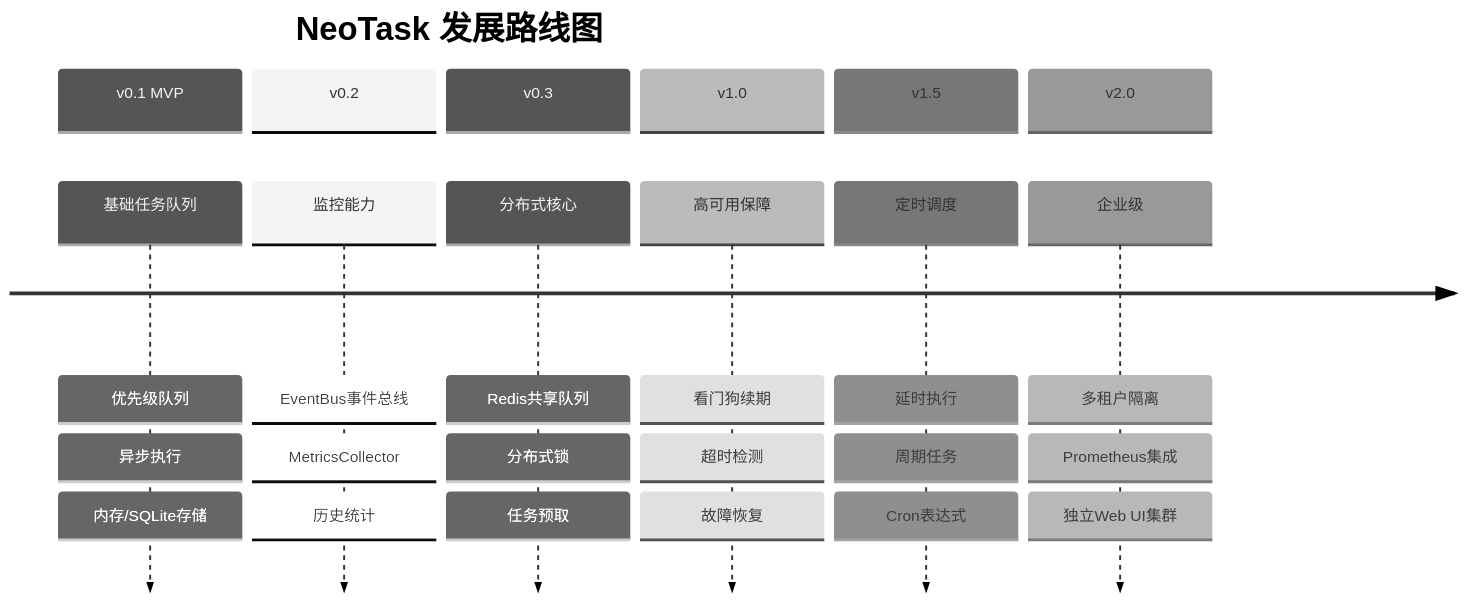
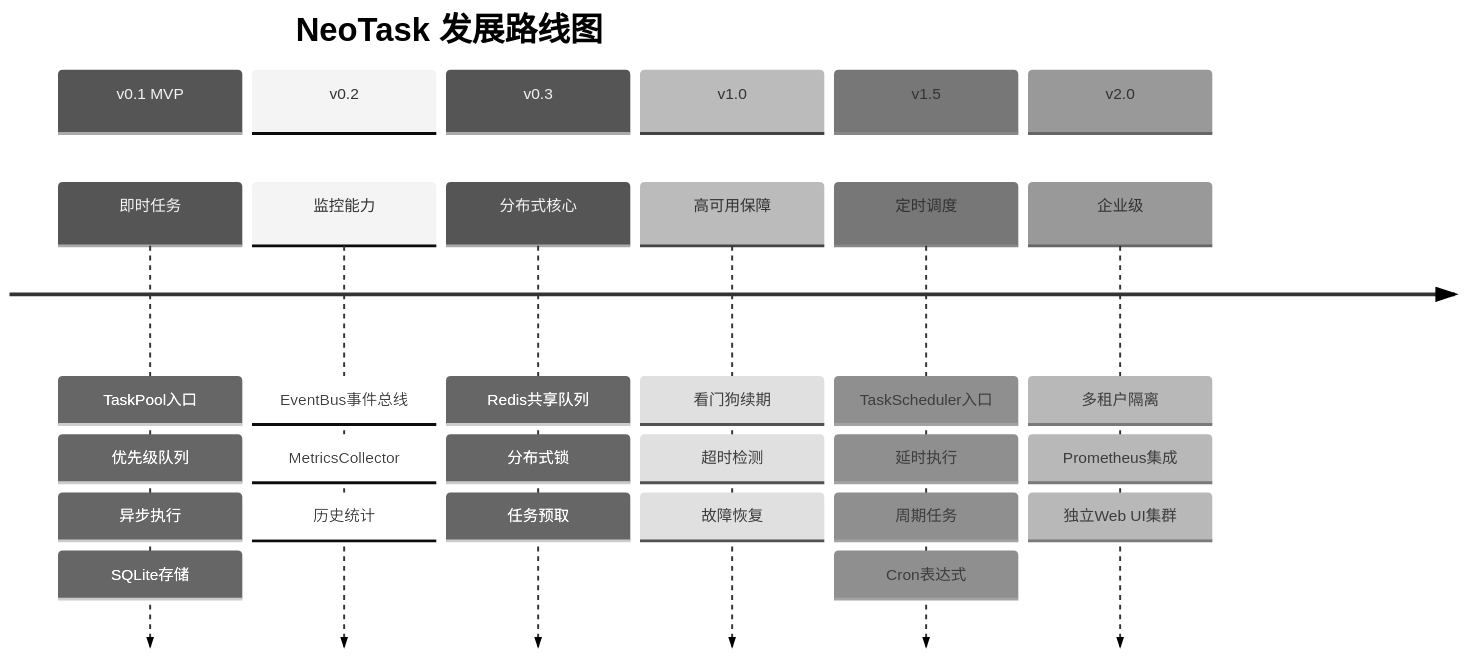
Before and after one commit to neopen/neotask: the fifth of 5 diagrams in README.md, drawn with Mermaid (neutral theme). The commit also changed other lines of this file and 16 other files, not shown here.

````diff
--- a/README.md
+++ b/README.md
@@ -347,34 +449,36 @@
 ```mermaid
 timeline
     title NeoTask 发展路线图
     
     section v0.1 MVP
-        基础任务队列 : 优先级队列
-                    : 异步执行
-                    : 内存/SQLite存储
-                    
+        即时任务 : TaskPool入口
+                 : 优先级队列
+                 : 异步执行
+                 : SQLite存储
+                 
     section v0.2
         监控能力 : EventBus事件总线
                  : MetricsCollector
                  : 历史统计
                  
     section v0.3
         分布式核心 : Redis共享队列
                    : 分布式锁
                    : 任务预取
                    
     section v1.0
         高可用保障 : 看门狗续期
                    : 超时检测
                    : 故障恢复
 
     section v1.5
-        定时调度 : 延时执行
+        定时调度 : TaskScheduler入口
+                 : 延时执行
                  : 周期任务
                  : Cron表达式
                  
     section v2.0
         企业级 : 多租户隔离
                : Prometheus集成
                : 独立Web UI集群
 ```
````
